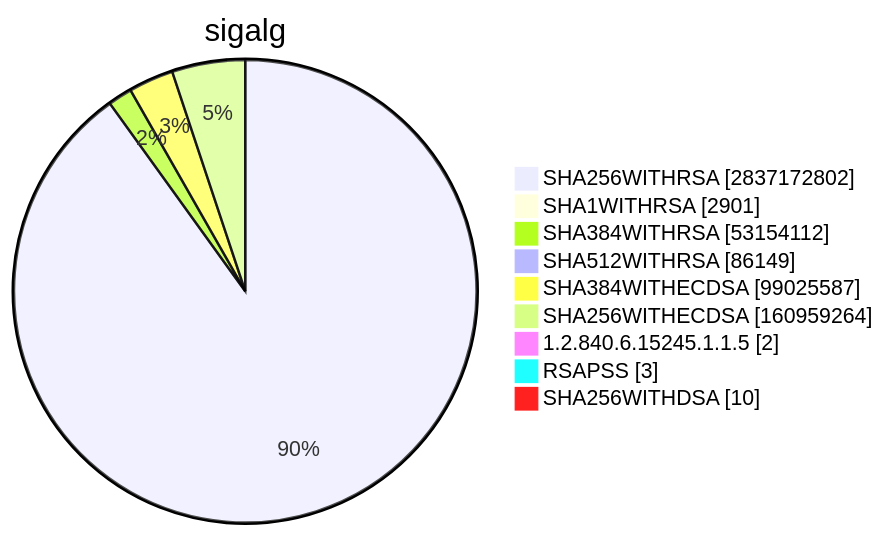
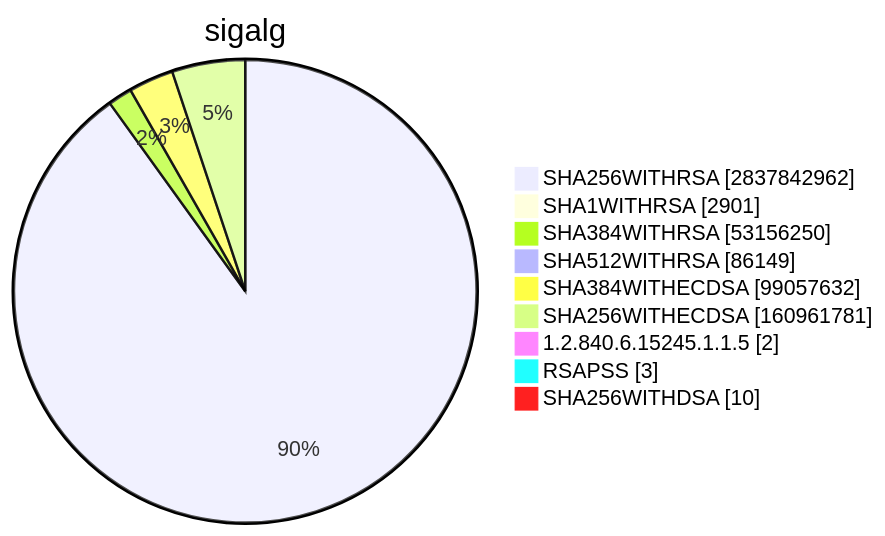
Diagram 15 of 15 in TOTAL/README.md (christiankrug/ctmonitor_visualization), drawn with Mermaid before and after one commit. The commit also changed other lines of this file, not shown here.

````diff
--- a/TOTAL/README.md
+++ b/TOTAL/README.md
@@ -6207,13 +6207,13 @@
 ```mermaid
 pie showData
 title sigalg
-"SHA256WITHRSA" :2837172802
+"SHA256WITHRSA" :2837842962
 "SHA1WITHRSA" :2901
-"SHA384WITHRSA" :53154112
+"SHA384WITHRSA" :53156250
 "SHA512WITHRSA" :86149
-"SHA384WITHECDSA" :99025587
-"SHA256WITHECDSA" :160959264
+"SHA384WITHECDSA" :99057632
+"SHA256WITHECDSA" :160961781
 "1.2.840.6.15245.1.1.5" :2
 "RSAPSS" :3
 "SHA256WITHDSA" :10
 ```
````
